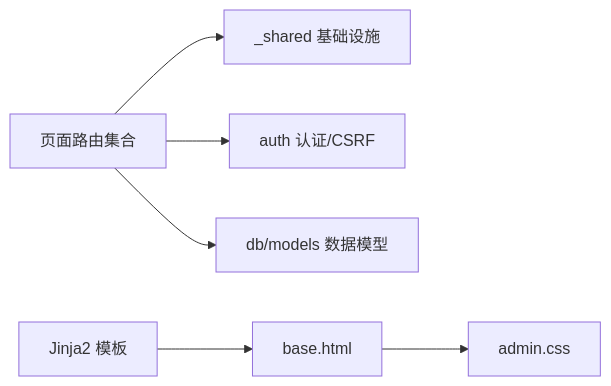
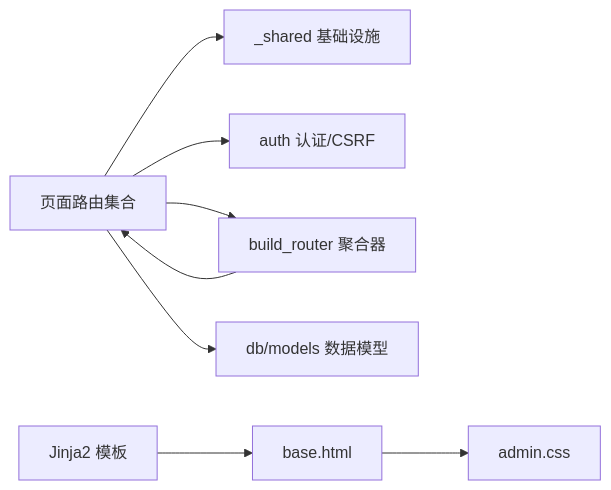
Diagram 11 of 11 in .qoder/repowiki/zh/content/前端界面/管理后台界面/管理后台界面.md (peace-lab-global/hush.ai), drawn with Mermaid before and after one commit. The commit also changed other lines of this file and 92 other files, not shown here.

````diff
--- a/.qoder/repowiki/zh/content/前端界面/管理后台界面/管理后台界面.md
+++ b/.qoder/repowiki/zh/content/前端界面/管理后台界面/管理后台界面.md
@@ -454,8 +545,10 @@
 ```mermaid
 graph LR
 Pages["页面路由集合"] --> Shared["_shared 基础设施"]
 Pages --> Auth["auth 认证/CSRF"]
+Pages --> BuildRouter["build_router 聚合器"]
+BuildRouter --> Pages
 Pages --> Models["db/models 数据模型"]
 Templates["Jinja2 模板"] --> Base["base.html"]
 Base --> CSS["admin.css"]
 ```
````
